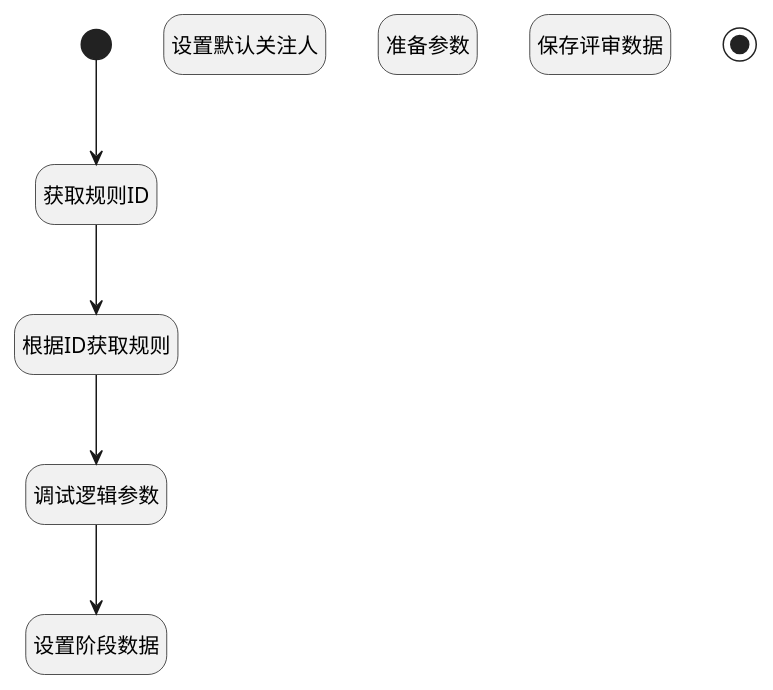
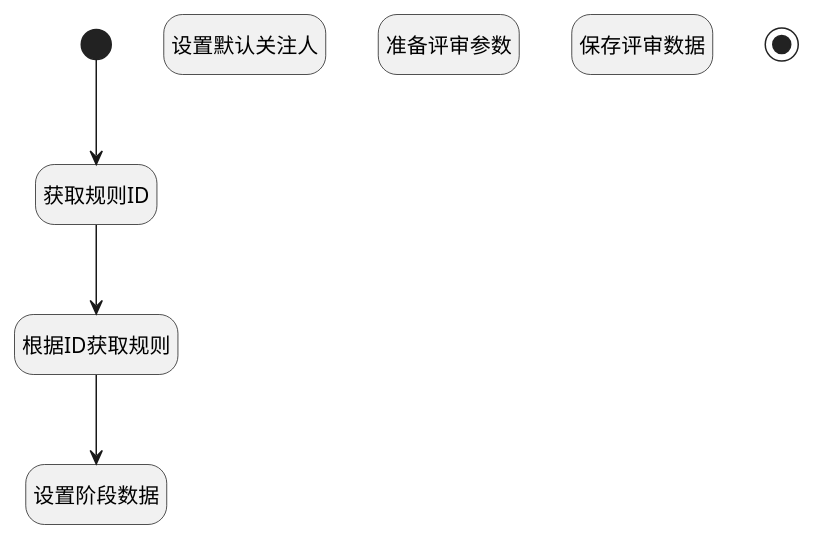
Before and after one commit to iBizLab/plm: the diagram in doc/docsify/module/TestMgmt/review/logic/add_guideline_after_created.md, drawn with PlantUML. The commit also changed other lines of this file and 1778 other files, not shown here.

````diff
--- a/doc/docsify/module/TestMgmt/review/logic/add_guideline_after_created.md
+++ b/doc/docsify/module/TestMgmt/review/logic/add_guideline_after_created.md
@@ -7,29 +7,27 @@
 ```plantuml
 @startuml
 hide empty description
 <style>
 root {
   HyperlinkColor #42b983
 }
 </style>
 
 hide empty description
 state "开始" as Begin <<start>> [[$./add_guideline_after_created#begin {"开始"}]]
 state "获取规则ID" as PREPAREPARAM3  [[$./add_guideline_after_created#prepareparam3 {"获取规则ID"}]]
 state "根据ID获取规则" as DEACTION1  [[$./add_guideline_after_created#deaction1 {"根据ID获取规则"}]]
-state "调试逻辑参数" as DEBUGPARAM2  [[$./add_guideline_after_created#debugparam2 {"调试逻辑参数"}]]
 state "设置阶段数据" as PREPAREPARAM2  [[$./add_guideline_after_created#prepareparam2 {"设置阶段数据"}]]
 state "设置默认关注人" as PREPAREPARAM4  [[$./add_guideline_after_created#prepareparam4 {"设置默认关注人"}]]
-state "准备参数" as PREPAREPARAM5  [[$./add_guideline_after_created#prepareparam5 {"准备参数"}]]
+state "准备评审参数" as PREPAREPARAM5  [[$./add_guideline_after_created#prepareparam5 {"准备评审参数"}]]
 state "保存评审数据" as DEACTION2  [[$./add_guideline_after_created#deaction2 {"保存评审数据"}]]
 state "结束" as END1 <<end>> [[$./add_guideline_after_created#end1 {"结束"}]]
 
 
 Begin --> PREPAREPARAM3
 PREPAREPARAM3 --> DEACTION1
-DEACTION1 --> DEBUGPARAM2
-DEBUGPARAM2 --> PREPAREPARAM2
+DEACTION1 --> PREPAREPARAM2
 
 
 @enduml
 ```
````
